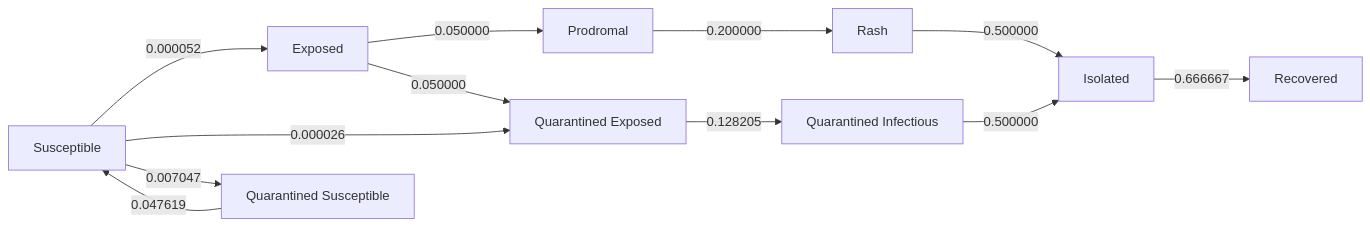
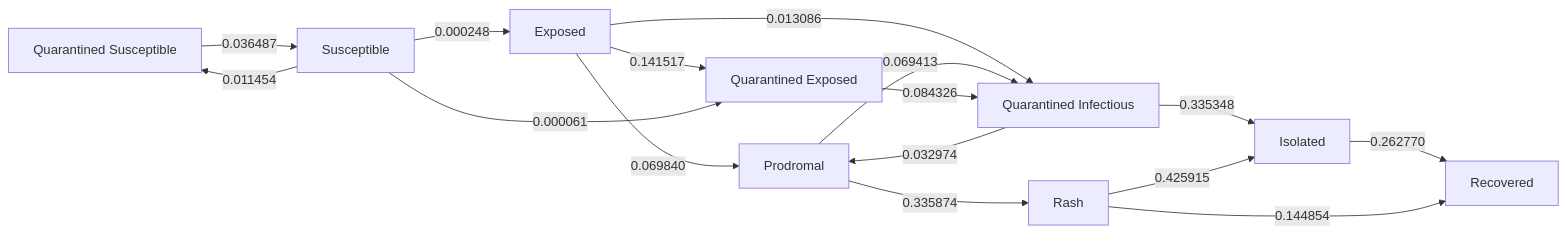
Before and after one commit to EpiForeSITE/epiworld-measles: the diagram in school_quarantine/canyon_grove_58_npi.md, drawn with Mermaid. The commit also changed other lines of this file and 10 other files, not shown here.

Commit message:
New version of epiworld: draws diagrams f(all simulations)

````diff
--- a/school_quarantine/canyon_grove_58_npi.md
+++ b/school_quarantine/canyon_grove_58_npi.md
@@ -138,24 +138,28 @@
 ``` mermaid
 flowchart LR
-    s0[Susceptible]
-    s1[Exposed]
+    s0[Exposed]
+    s1[Isolated]
     s2[Prodromal]
-    s3[Rash]
-    s4[Isolated]
-    s5[Quarantined Exposed]
-    s6[Quarantined Susceptible]
-    s7[Quarantined Infectious]
-    s8[Recovered]
-    s0 -->|0.000052| s1
-    s0 -->|0.000026| s5
-    s0 -->|0.007047| s6
-    s1 -->|0.050000| s2
-    s1 -->|0.050000| s5
-    s2 -->|0.200000| s3
-    s3 -->|0.500000| s4
-    s4 -->|0.666667| s8
-    s5 -->|0.128205| s7
-    s6 -->|0.047619| s0
-    s7 -->|0.500000| s4
+    s3[Quarantined Exposed]
+    s4[Quarantined Infectious]
+    s5[Quarantined Susceptible]
+    s6[Rash]
+    s7[Recovered]
+    s8[Susceptible]
+    s0 -->|0.069840| s2
+    s0 -->|0.141517| s3
+    s0 -->|0.013086| s4
+    s1 -->|0.262770| s7
+    s2 -->|0.069413| s4
+    s2 -->|0.335874| s6
+    s3 -->|0.084326| s4
+    s4 -->|0.335348| s1
+    s4 -->|0.032974| s2
+    s5 -->|0.036487| s8
+    s6 -->|0.425915| s1
+    s6 -->|0.144854| s7
+    s8 -->|0.000248| s0
+    s8 -->|0.000061| s3
+    s8 -->|0.011454| s5
 
 ```
````
